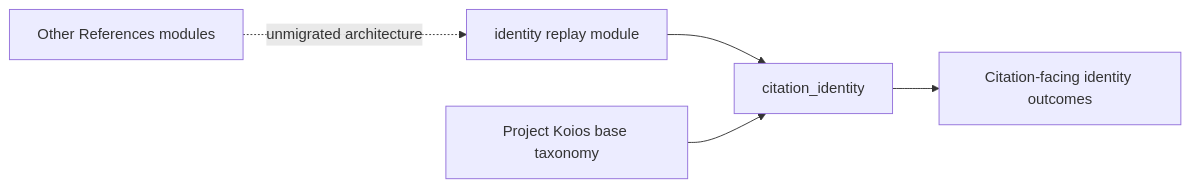
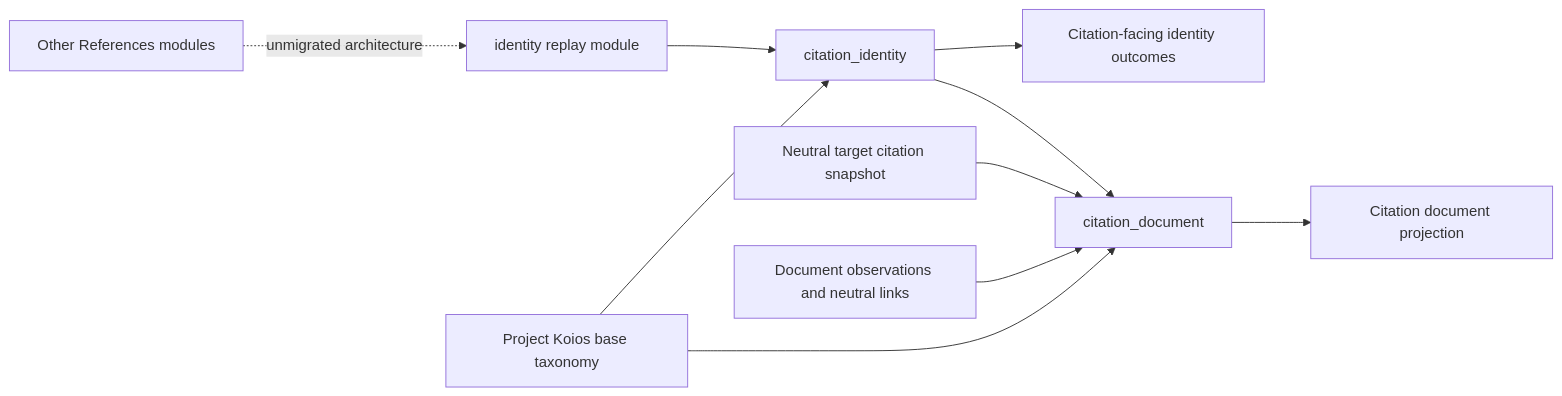
The diagram in docs/architecture/projectkoios/references/schematic.md (eragasa/projectkoios-references), drawn with Mermaid before and after one commit. The commit also changed other lines of this file and 33 other files, not shown here.

Commit message:
Add citation document control contracts

````diff
--- a/docs/architecture/projectkoios/references/schematic.md
+++ b/docs/architecture/projectkoios/references/schematic.md
@@ -6,7 +6,12 @@
 ```mermaid
 flowchart LR
     I[identity replay module] --> P[citation_identity]
     P --> O[Citation-facing identity outcomes]
+    T[Neutral target citation snapshot] --> D[citation_document]
+    P --> D
+    E[Document observations and neutral links] --> D
+    D --> R[Citation document projection]
     B[Project Koios base taxonomy] --> P
+    B --> D
     U[Other References modules] -. unmigrated architecture .-> I
 ```
````
